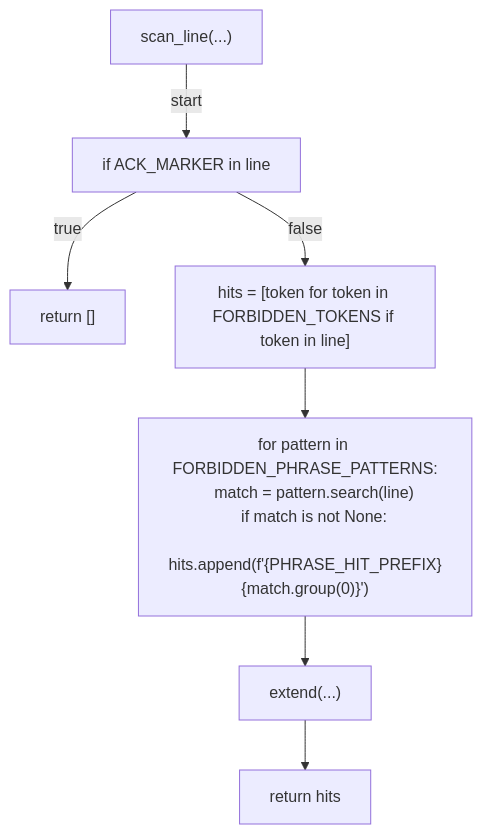
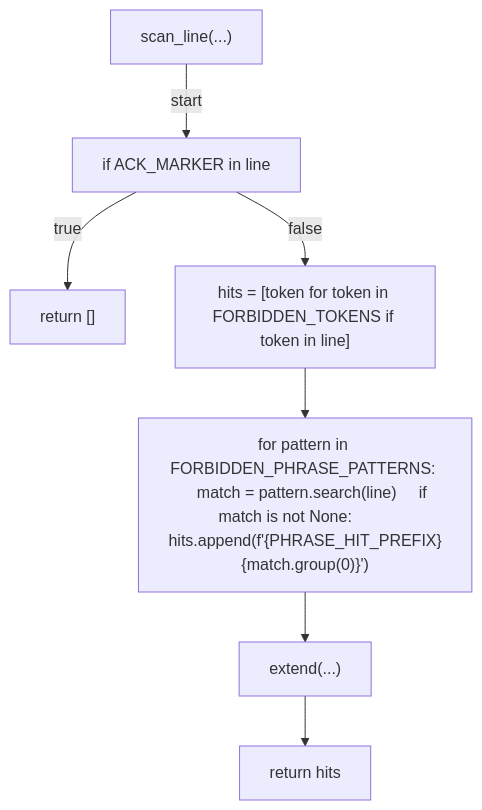
One commit to tvna/claude-md changed the first of 6 diagrams in docs/generated/scripts/ast/scan_apm_portability.md. Above: the diagram before and after it, drawn with Mermaid. The commit also changed other lines of this file and 29 other files, not shown here.

First line of the commit message:
docs(generated): regenerate decision tree and workflow diagrams (batch 3/5)

````diff
--- a/docs/generated/scripts/ast/scan_apm_portability.md
+++ b/docs/generated/scripts/ast/scan_apm_portability.md
@@ -7,19 +7,16 @@
 ```mermaid
 flowchart TD
     N001["scan_line(...)"]
     N002["if ACK_MARKER in line"]
     N003["return []"]
     N004["hits = [token for token in FORBIDDEN_TOKENS if token in line]"]
-    N005["for pattern in FORBIDDEN_PHRASE_PATTERNS:
-    match = pattern.search(line)
-    if match is not None:
-        hits.append(f'{PHRASE_HIT_PREFIX}{match.group(0)}')"]
+    N005["for pattern in FORBIDDEN_PHRASE_PATTERNS:     match = pattern.search(line)     if match is not None:         hits.append(f'{PHRASE_HIT_PREFIX}{match.group(0)}')"]
     N006["extend(...)"]
     N007["return hits"]
     N001 -->|"start"| N002
     N002 -->|"true"| N003
     N002 -->|"false"| N004
     N004 --> N005
     N005 --> N006
     N006 --> N007
 ```
````
